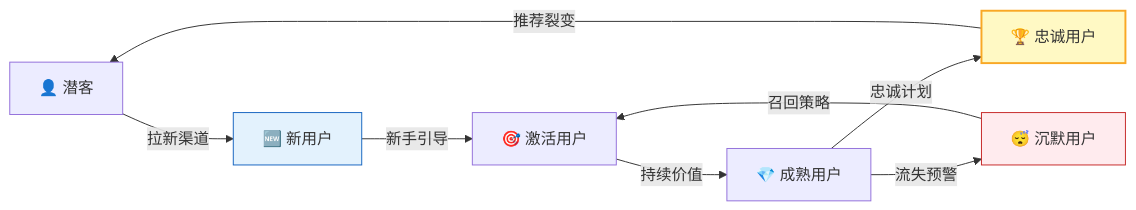
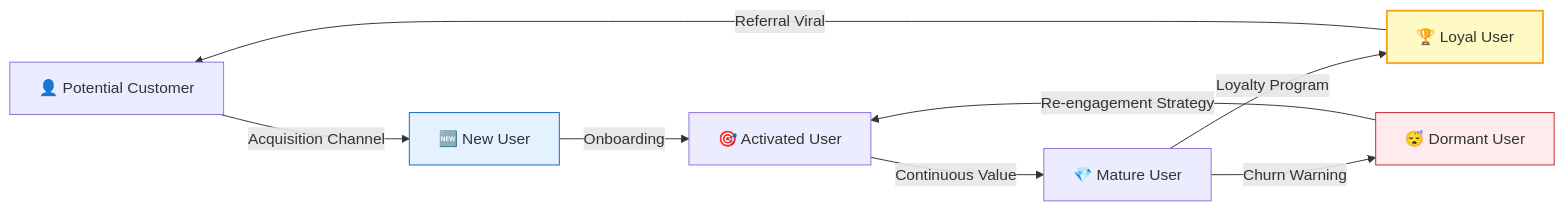
One commit to Kirky-X/cangjie changed the third of 9 diagrams in templates/产品/运营层/【模板】运营手册.md. Above: the diagram before and after it, drawn with Mermaid. The commit also changed other lines of this file and 46 other files, not shown here.

````diff
--- a/templates/产品/运营层/【模板】运营手册.md
+++ b/templates/产品/运营层/【模板】运营手册.md
@@ -153,14 +153,14 @@
 ```mermaid
 flowchart LR
-    A[👤 潜客] -->|拉新渠道| B[🆕 新用户]
-    B -->|新手引导| C[🎯 激活用户]
-    C -->|持续价值| D[💎 成熟用户]
-    D -->|忠诚计划| E[🏆 忠诚用户]
-    D -->|流失预警| F[😴 沉默用户]
-    F -->|召回策略| C
-    E -->|推荐裂变| A
+    A[👤 Potential Customer] -->|Acquisition Channel| B[🆕 New User]
+    B -->|Onboarding| C[🎯 Activated User]
+    C -->|Continuous Value| D[💎 Mature User]
+    D -->|Loyalty Program| E[🏆 Loyal User]
+    D -->|Churn Warning| F[😴 Dormant User]
+    F -->|Re-engagement Strategy| C
+    E -->|Referral Viral| A
 
     style B fill:#e3f2fd,stroke:#1565c0
     style E fill:#fff9c4,stroke:#f9a825,stroke-width:2px
     style F fill:#ffebee,stroke:#c62828
 ```
````
